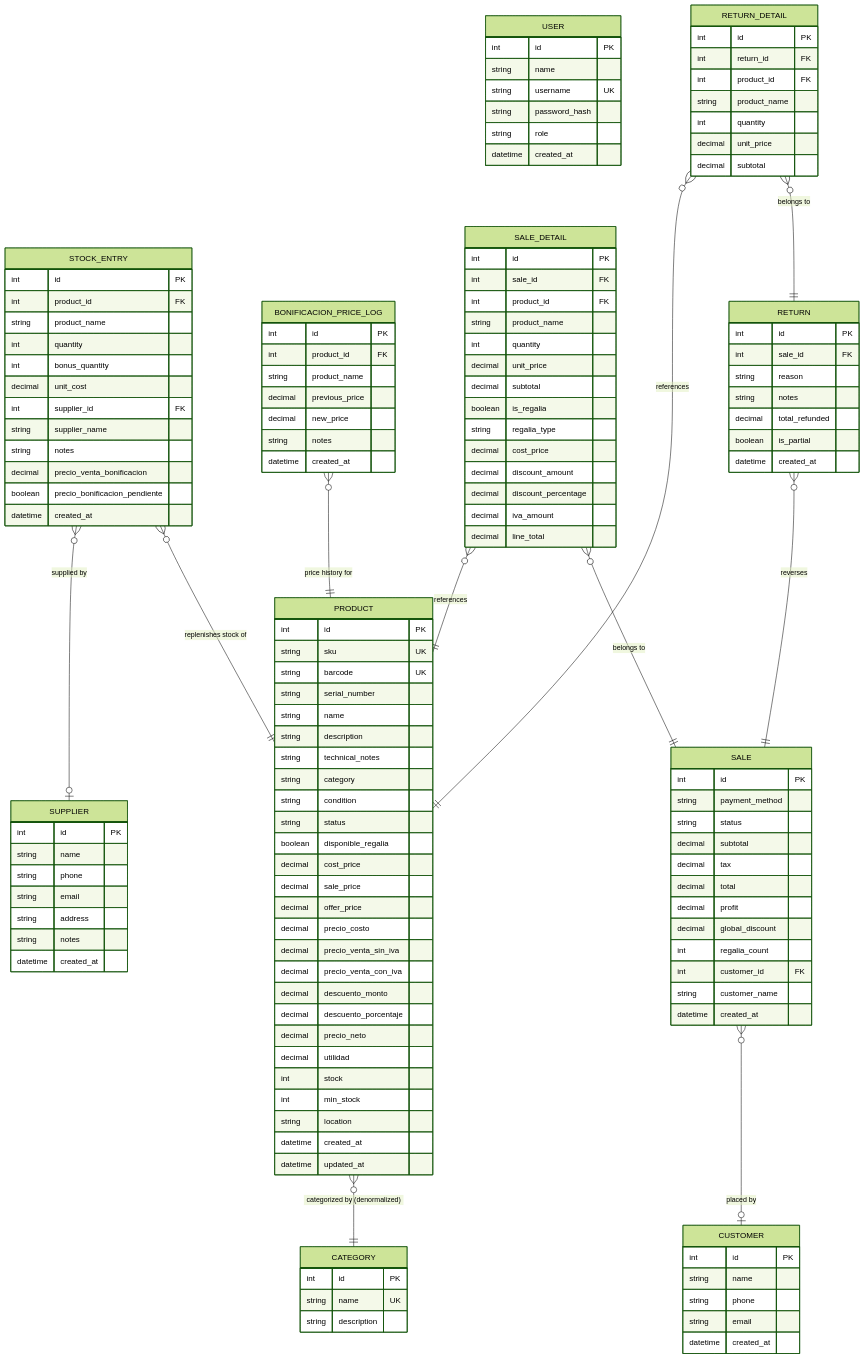
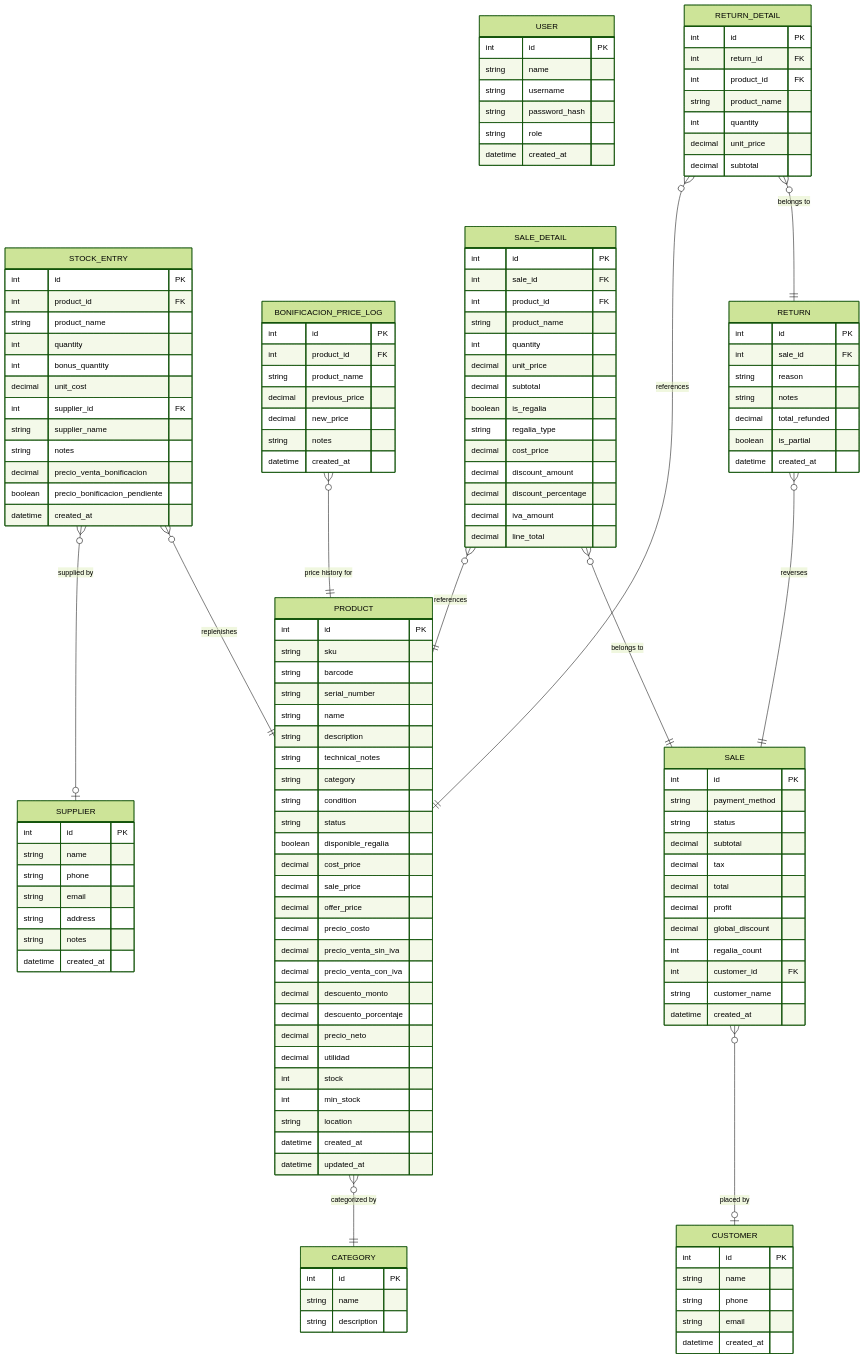
The diagram in docs/diagrams/ERD.md (seqencia/InventoryProyectHome), drawn with Mermaid (forest theme) before and after one commit. The commit also changed other lines of this file and 6 other files, not shown here.

First line of the commit message:
fix: correct Mermaid syntax errors in all diagrams

```diff
--- a/docs/diagrams/ERD.md
+++ b/docs/diagrams/ERD.md
@@ -8,7 +8,7 @@
     USER {
         int id PK
         string name
-        string username UK
+        string username
         string password_hash
         string role
         datetime created_at
@@ -16,14 +16,14 @@
 
     CATEGORY {
         int id PK
-        string name UK
+        string name
         string description
     }
 
     PRODUCT {
         int id PK
-        string sku UK
-        string barcode UK
+        string sku
+        string barcode
         string serial_number
         string name
         string description
@@ -144,8 +144,8 @@
         decimal subtotal
     }
 
-    PRODUCT }o--|| CATEGORY : "categorized by (denormalized)"
-    STOCK_ENTRY }o--|| PRODUCT : "replenishes stock of"
+    PRODUCT }o--|| CATEGORY : "categorized by"
+    STOCK_ENTRY }o--|| PRODUCT : "replenishes"
     STOCK_ENTRY }o--o| SUPPLIER : "supplied by"
     BONIFICACION_PRICE_LOG }o--|| PRODUCT : "price history for"
     SALE_DETAIL }o--|| SALE : "belongs to"
```
